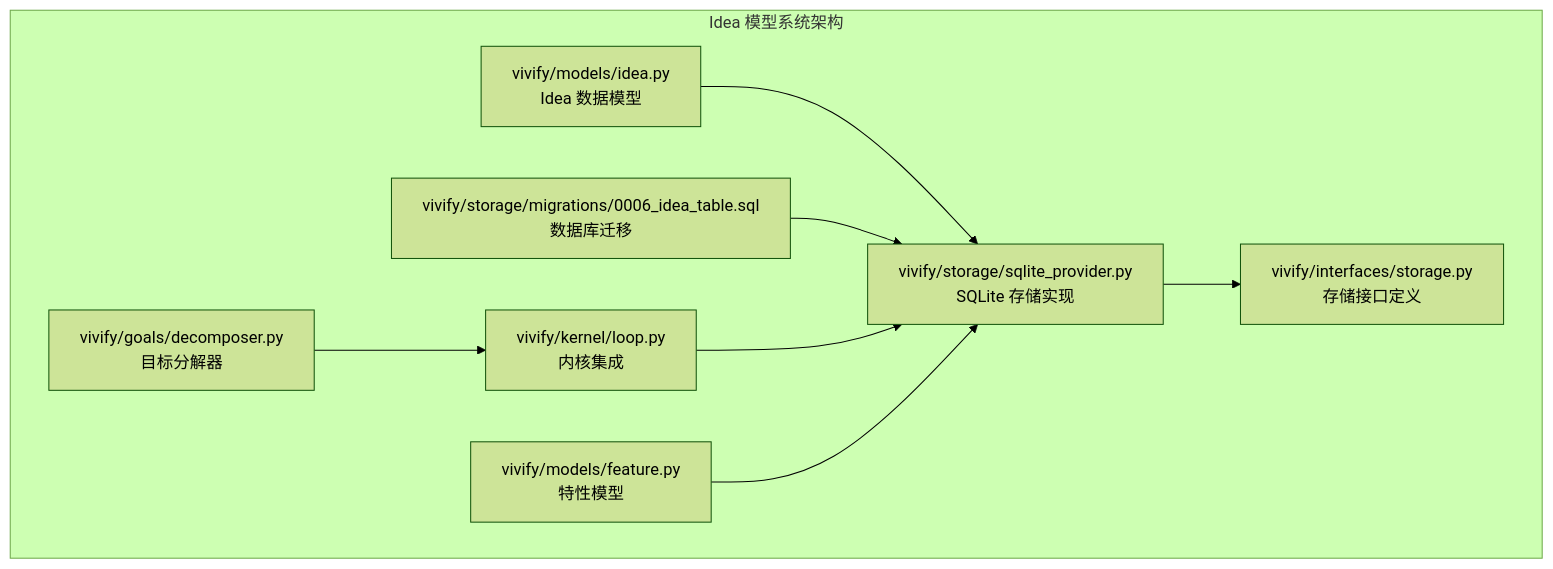
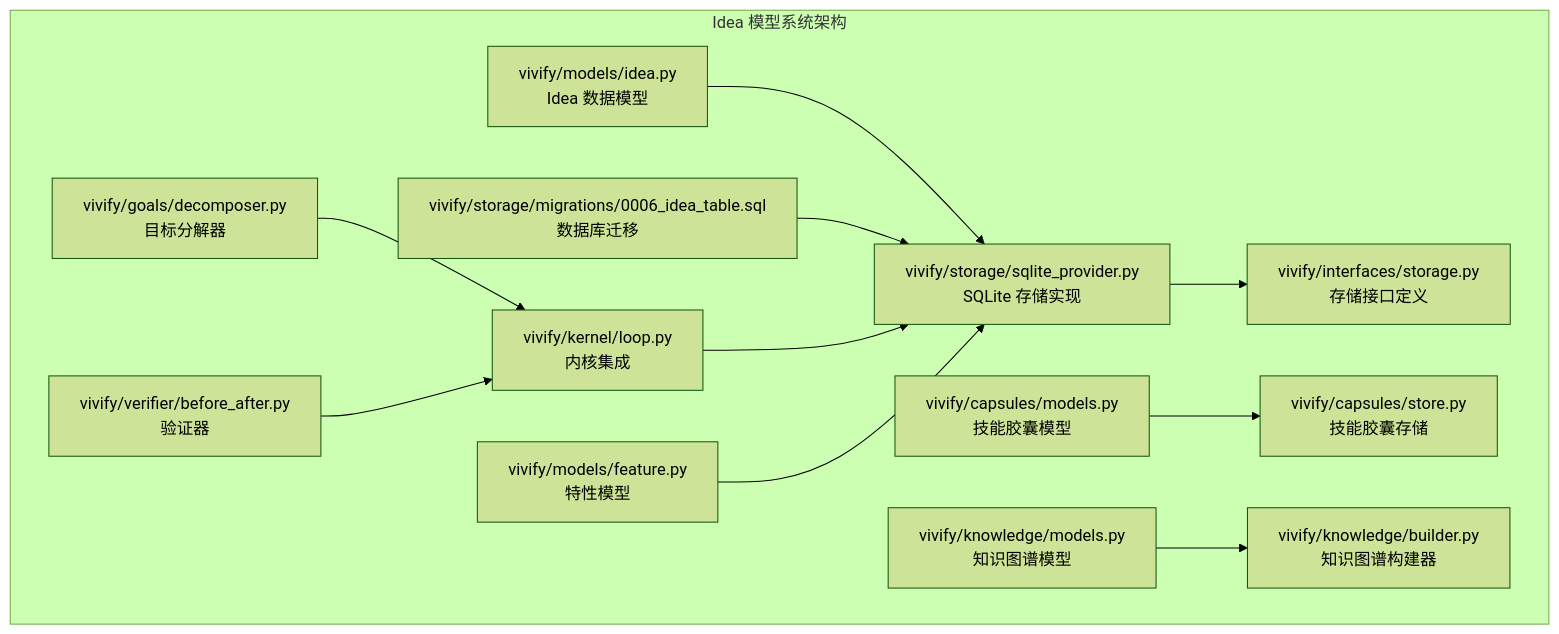
Before and after one commit to pinsonchen/vivify: the first of 6 diagrams in .qoder/repowiki/zh/content/技术实现参考/Idea 模型系统.md, drawn with Mermaid (forest theme). The commit also changed other lines of this file and 22 other files, not shown here.

````diff
--- a/.qoder/repowiki/zh/content/技术实现参考/Idea 模型系统.md
+++ b/.qoder/repowiki/zh/content/技术实现参考/Idea 模型系统.md
@@ -36,18 +52,26 @@
 ```mermaid
 graph TB
 subgraph "Idea 模型系统架构"
 A[vivify/models/idea.py<br/>Idea 数据模型]
 B[vivify/storage/sqlite_provider.py<br/>SQLite 存储实现]
 C[vivify/interfaces/storage.py<br/>存储接口定义]
 D[vivify/storage/migrations/0006_idea_table.sql<br/>数据库迁移]
 E[vivify/kernel/loop.py<br/>内核集成]
 F[vivify/models/feature.py<br/>特性模型]
 G[vivify/goals/decomposer.py<br/>目标分解器]
+H[vivify/capsules/models.py<br/>技能胶囊模型]
+I[vivify/capsules/store.py<br/>技能胶囊存储]
+J[vivify/verifier/before_after.py<br/>验证器]
+K[vivify/knowledge/models.py<br/>知识图谱模型]
+L[vivify/knowledge/builder.py<br/>知识图谱构建器]
 end
 A --> B
 B --> C
 D --> B
 E --> B
 F --> B
 G --> E
+H --> I
+J --> E
+K --> L
 ```
````
